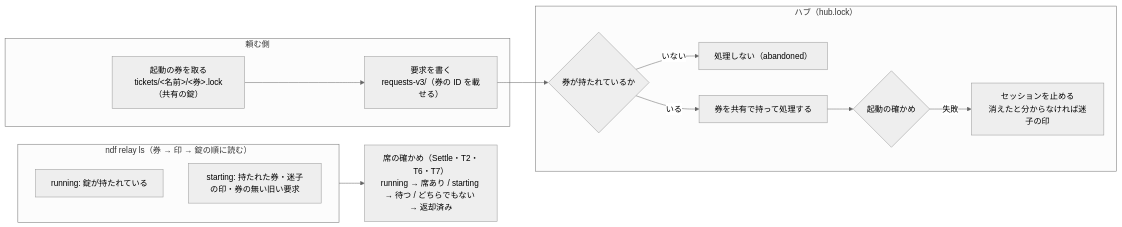
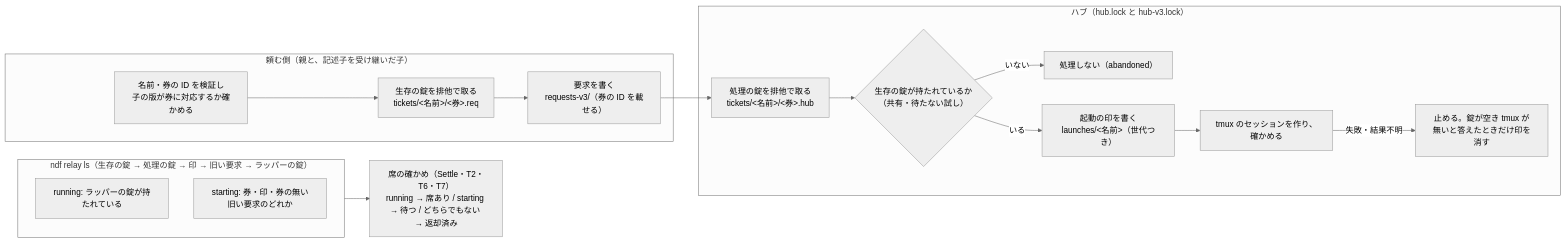
Before and after one commit to devbasex/ai-plugins: the second of 3 diagrams in issues/issue-4103-design.md, drawn with Mermaid (neutral theme). The commit also changed other lines of this file and 1 other file, not shown here.

````diff
--- a/issues/issue-4103-design.md
+++ b/issues/issue-4103-design.md
@@ -52,18 +58,19 @@
 ```mermaid
 flowchart LR
-  subgraph REQ["頼む側"]
-    T["起動の券を取る<br>tickets/<名前>/<券>.lock（共有の錠）"] --> W["要求を書く<br>requests-v3/（券の ID を載せる）"]
+  subgraph REQ["頼む側（親と、記述子を受け継いだ子）"]
+    V["名前・券の ID を検証し<br>子の版が券に対応するか確かめる"] --> T["生存の錠を排他で取る<br>tickets/<名前>/<券>.req"] --> W["要求を書く<br>requests-v3/（券の ID を載せる）"]
   end
-  subgraph HUB["ハブ（hub.lock）"]
-    C{"券が持たれているか"} -- "いない" --> AB["処理しない（abandoned）"]
-    C -- "いる" --> P["券を共有で持って処理する"]
-    P --> F{"起動の確かめ"}
-    F -- "失敗" --> K["セッションを止める<br>消えたと分からなければ迷子の印"]
+  subgraph HUB["ハブ（hub.lock と hub-v3.lock）"]
+    H["処理の錠を排他で取る<br>tickets/<名前>/<券>.hub"] --> C{"生存の錠が持たれているか<br>（共有・待たない試し）"}
+    C -- "いない" --> AB["処理しない（abandoned）"]
+    C -- "いる" --> M["起動の印を書く<br>launches/<名前>（世代つき）"]
+    M --> S["tmux のセッションを作り、確かめる"]
+    S -- "失敗・結果不明" --> K["止める。錠が空き tmux が無いと答えたときだけ印を消す"]
   end
-  subgraph LS["ndf relay ls（券 → 印 → 錠の順に読む）"]
-    R["running: 錠が持たれている"]
-    S["starting: 持たれた券・迷子の印・券の無い旧い要求"]
+  subgraph LS["ndf relay ls（生存の錠 → 処理の錠 → 印 → 旧い要求 → ラッパーの錠）"]
+    R["running: ラッパーの錠が持たれている"]
+    ST["starting: 券・印・券の無い旧い要求のどれか"]
   end
-  W --> C
-  LS --> ST["席の確かめ（Settle・T2・T6・T7）<br>running → 席あり / starting → 待つ / どちらでもない → 返却済み"]
+  W --> H
+  LS --> SE["席の確かめ（Settle・T2・T6・T7）<br>running → 席あり / starting → 待つ / どちらでもない → 返却済み"]
 ```
````
